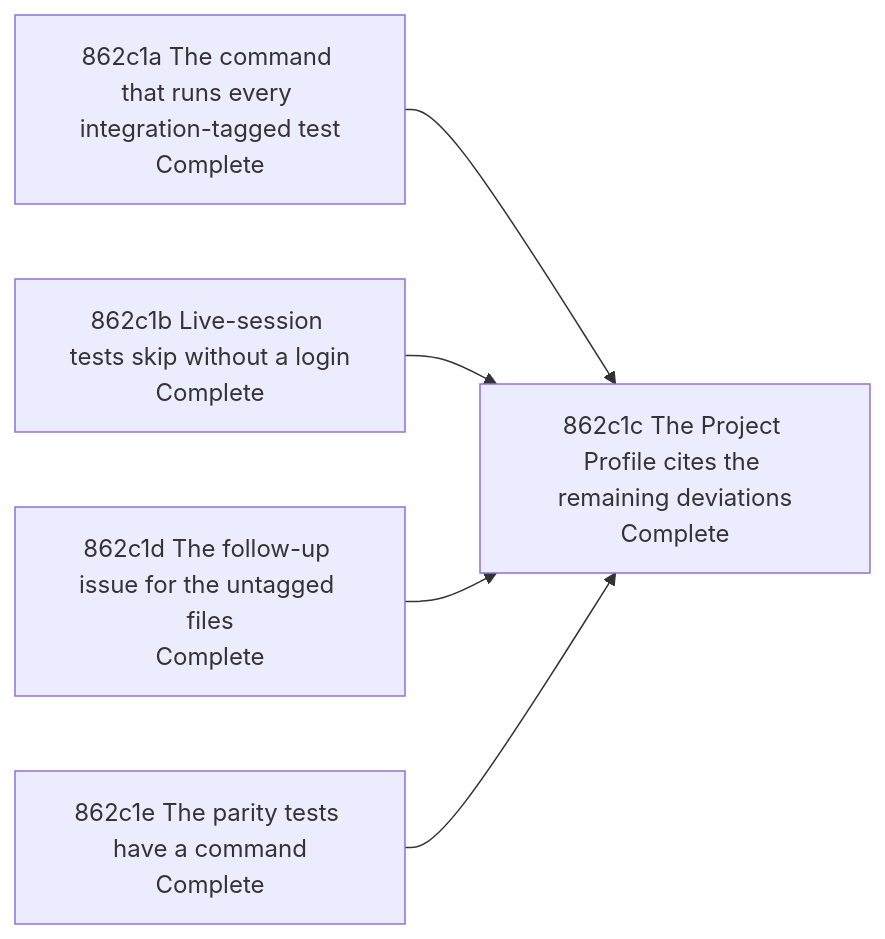
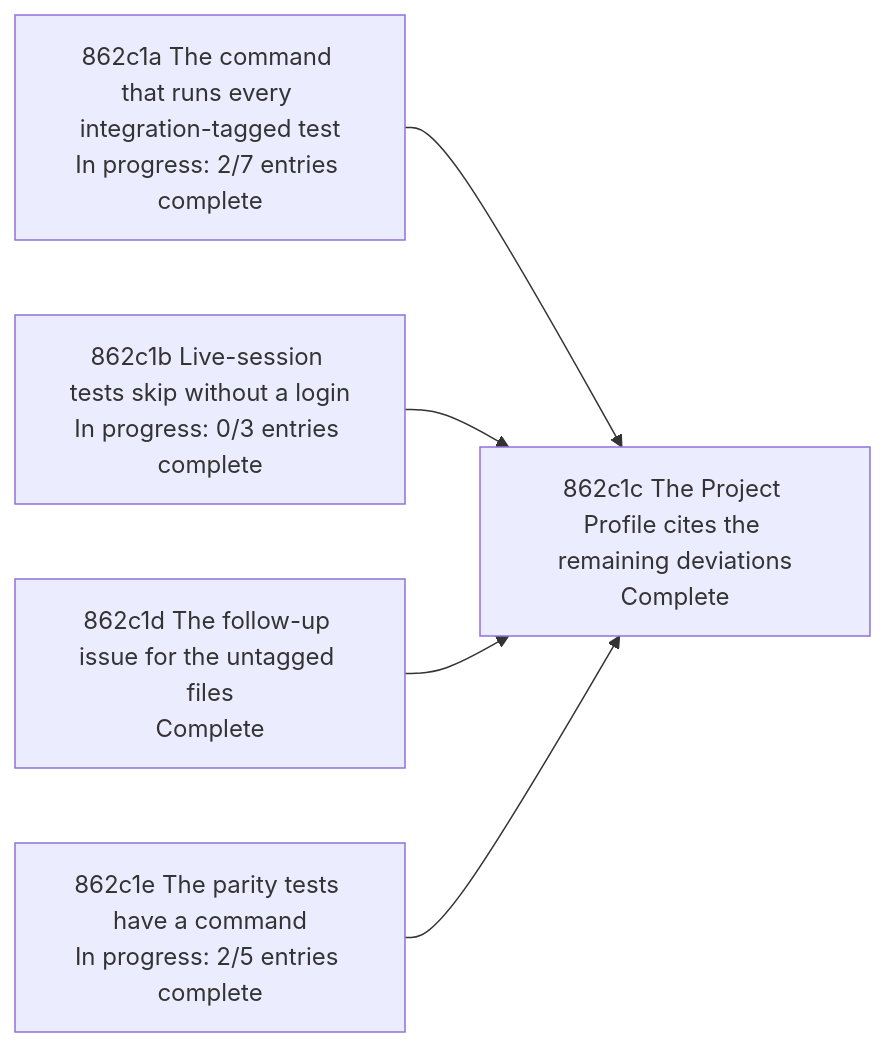
Before and after one commit to toejough/engram: the diagram in docs/changes/862_test-suite-classification/862c_implementation-plan.md, drawn with Mermaid. The commit also changed other lines of this file and 1 other file, not shown here.

First line of the commit message:
docs(861c,862c): mark the tooling nodes in progress until the integrator sets Green-all.

````diff
--- a/docs/changes/862_test-suite-classification/862c_implementation-plan.md
+++ b/docs/changes/862_test-suite-classification/862c_implementation-plan.md
@@ -9,12 +9,12 @@
 ```mermaid
 flowchart LR
-    N1a["862c1a The command that runs every integration-tagged test<br/>Complete"]
-    N1b["862c1b Live-session tests skip without a login<br/>Complete"]
-    N1e["862c1e The parity tests have a command<br/>Complete"]
+    N1a["862c1a The command that runs every integration-tagged test<br/>In progress: 2/7 entries complete"]
+    N1b["862c1b Live-session tests skip without a login<br/>In progress: 0/3 entries complete"]
+    N1e["862c1e The parity tests have a command<br/>In progress: 2/5 entries complete"]
     N1d["862c1d The follow-up issue for the untagged files<br/>Complete"]
     N1c["862c1c The Project Profile cites the remaining deviations<br/>Complete"]
     N1a --> N1c
     N1b --> N1c
     N1d --> N1c
     N1e --> N1c
 ```
````
